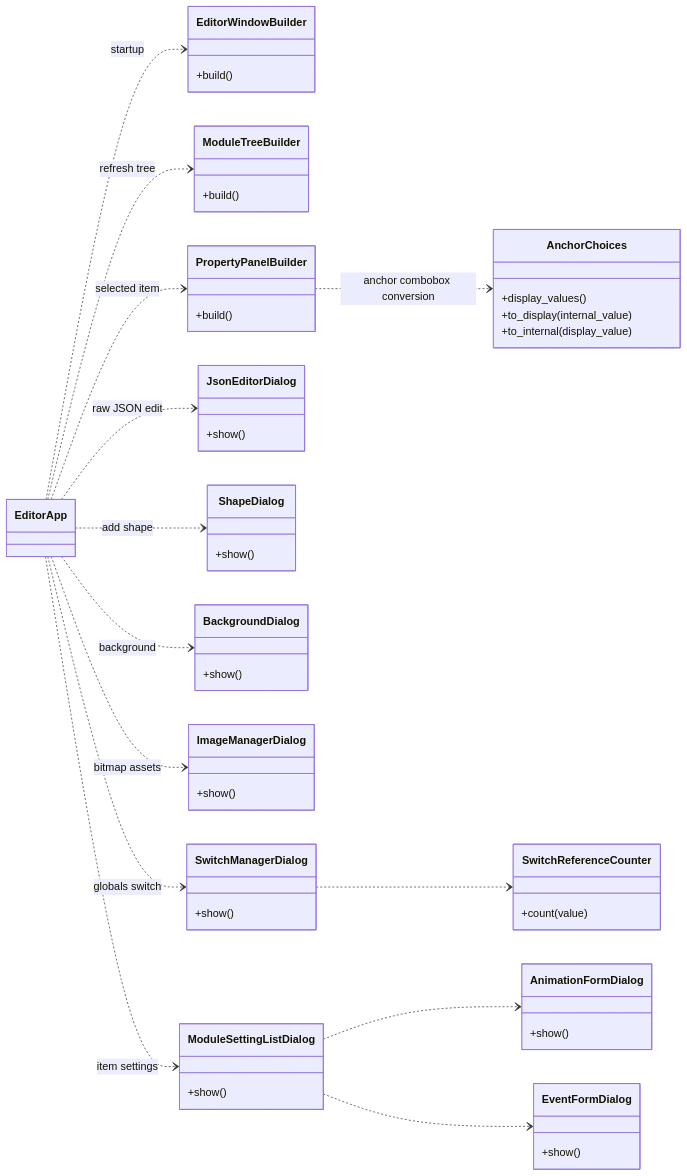
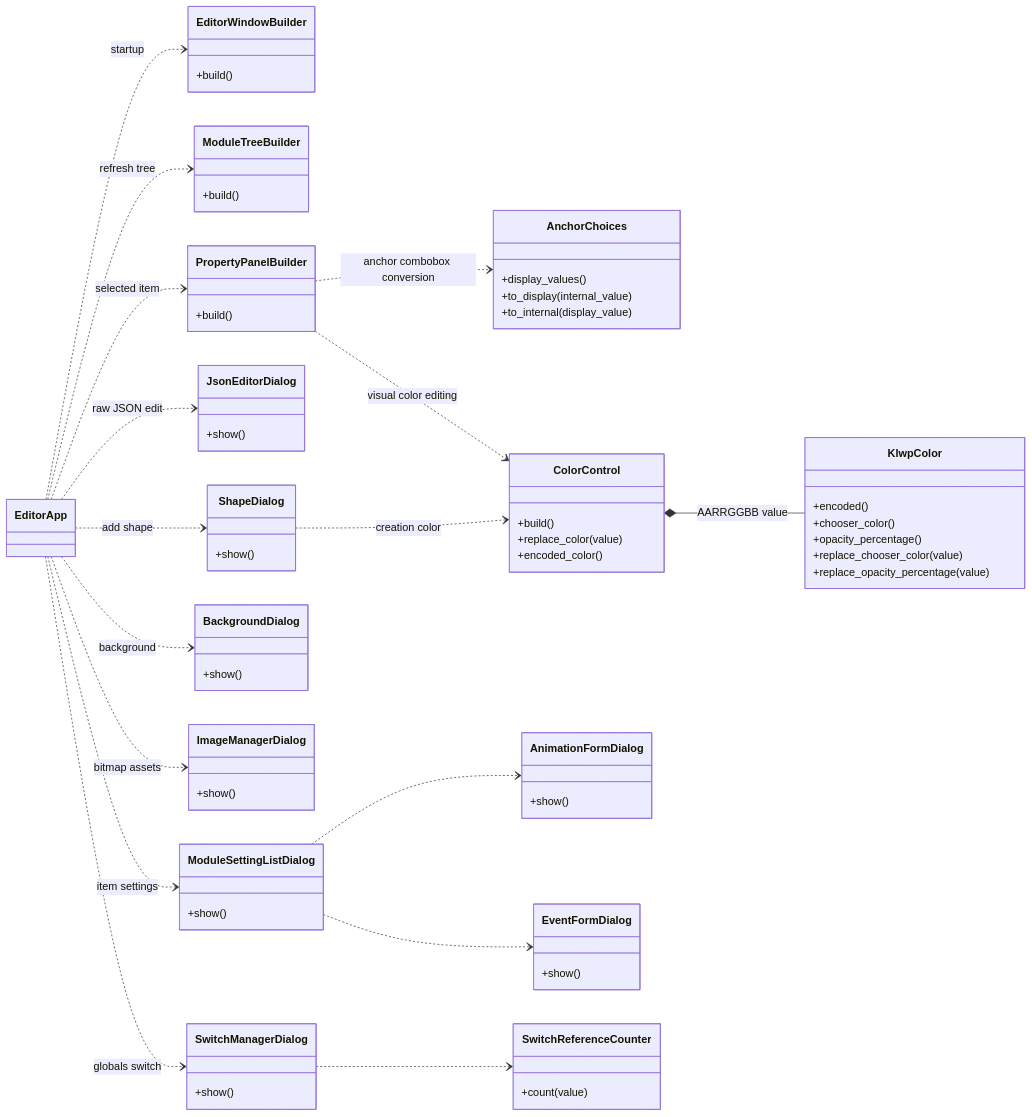
One commit to k014c1287/klwp_pc_editor changed the fifth of 12 diagrams in doc/KLWPエディタ_設計仕様.md. Above: the diagram before and after it, drawn with Mermaid. The commit also changed other lines of this file and 17 other files, not shown here.

````diff
--- a/doc/KLWPエディタ_設計仕様.md
+++ b/doc/KLWPエディタ_設計仕様.md
@@ -428,61 +445,76 @@
 ```mermaid
 classDiagram
     direction LR
 
     class EditorApp
     class EditorWindowBuilder {
         +build()
     }
     class ModuleTreeBuilder {
         +build()
     }
     class PropertyPanelBuilder {
         +build()
     }
     class AnchorChoices {
         +display_values()
         +to_display(internal_value)
         +to_internal(display_value)
+    }
+    class ColorControl {
+        +build()
+        +replace_color(value)
+        +encoded_color()
+    }
+    class KlwpColor {
+        +encoded()
+        +chooser_color()
+        +opacity_percentage()
+        +replace_chooser_color(value)
+        +replace_opacity_percentage(value)
     }
     class JsonEditorDialog {
         +show()
     }
     class ShapeDialog {
         +show()
     }
     class BackgroundDialog {
         +show()
     }
     class ImageManagerDialog {
         +show()
     }
     class SwitchManagerDialog {
         +show()
     }
     class ModuleSettingListDialog {
         +show()
     }
     class AnimationFormDialog {
         +show()
     }
     class EventFormDialog {
         +show()
     }
     class SwitchReferenceCounter {
         +count(value)
     }
 
     EditorApp ..> EditorWindowBuilder : startup
     EditorApp ..> ModuleTreeBuilder : refresh tree
     EditorApp ..> PropertyPanelBuilder : selected item
     PropertyPanelBuilder ..> AnchorChoices : anchor combobox conversion
+    PropertyPanelBuilder ..> ColorControl : visual color editing
+    ShapeDialog ..> ColorControl : creation color
+    ColorControl *-- KlwpColor : AARRGGBB value
     EditorApp ..> JsonEditorDialog : raw JSON edit
     EditorApp ..> ShapeDialog : add shape
     EditorApp ..> BackgroundDialog : background
     EditorApp ..> ImageManagerDialog : bitmap assets
     EditorApp ..> SwitchManagerDialog : globals switch
     EditorApp ..> ModuleSettingListDialog : item settings
     ModuleSettingListDialog ..> AnimationFormDialog
     ModuleSettingListDialog ..> EventFormDialog
     SwitchManagerDialog ..> SwitchReferenceCounter
 ```
````
